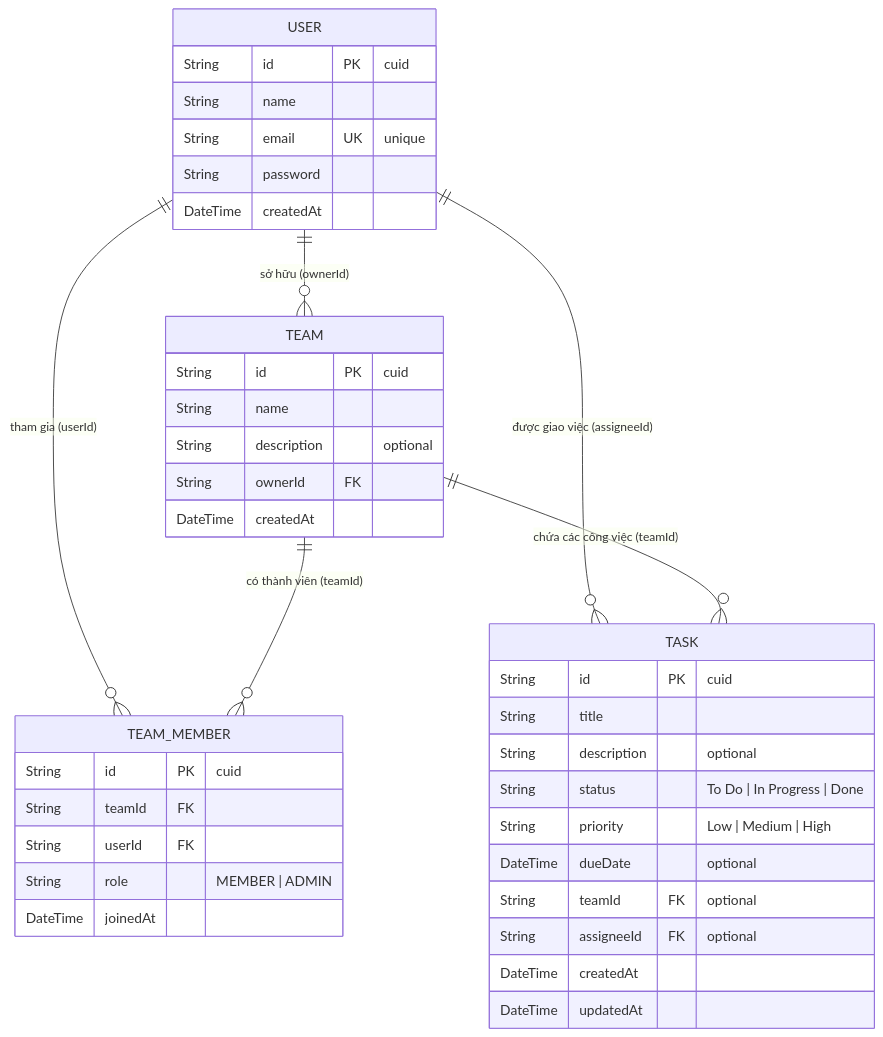
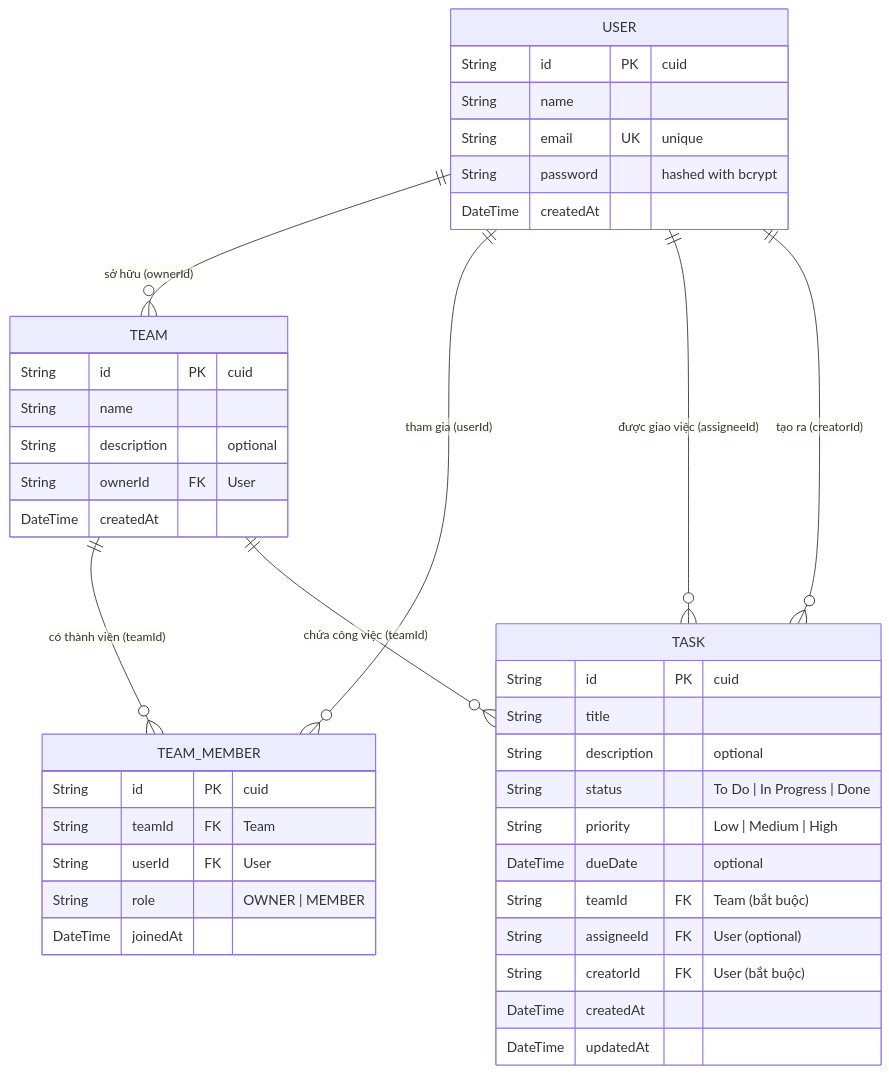
Before and after one commit to KimChiHa23/Assignment_SDN302: the diagram in README.md, drawn with Mermaid. The commit also changed other lines of this file and 6 other files, not shown here.

````diff
--- a/README.md
+++ b/README.md
@@ -22,45 +23,47 @@
 ```mermaid
 erDiagram
     USER ||--o{ TEAM : "sở hữu (ownerId)"
     USER ||--o{ TEAM_MEMBER : "tham gia (userId)"
     USER ||--o{ TASK : "được giao việc (assigneeId)"
+    USER ||--o{ TASK : "tạo ra (creatorId)"
     TEAM ||--o{ TEAM_MEMBER : "có thành viên (teamId)"
-    TEAM ||--o{ TASK : "chứa các công việc (teamId)"
+    TEAM ||--o{ TASK : "chứa công việc (teamId)"
 
     USER {
         String id PK "cuid"
         String name
         String email UK "unique"
-        String password
+        String password "hashed with bcrypt"
         DateTime createdAt
     }
 
     TEAM {
         String id PK "cuid"
         String name
         String description "optional"
-        String ownerId FK
+        String ownerId FK "User"
         DateTime createdAt
     }
 
     TEAM_MEMBER {
         String id PK "cuid"
-        String teamId FK
-        String userId FK
-        String role "MEMBER | ADMIN"
+        String teamId FK "Team"
+        String userId FK "User"
+        String role "OWNER | MEMBER"
         DateTime joinedAt
     }
 
     TASK {
         String id PK "cuid"
         String title
         String description "optional"
         String status "To Do | In Progress | Done"
         String priority "Low | Medium | High"
         DateTime dueDate "optional"
-        String teamId FK "optional"
-        String assigneeId FK "optional"
+        String teamId FK "Team (bắt buộc)"
+        String assigneeId FK "User (optional)"
+        String creatorId FK "User (bắt buộc)"
         DateTime createdAt
         DateTime updatedAt
     }
 ```
````
